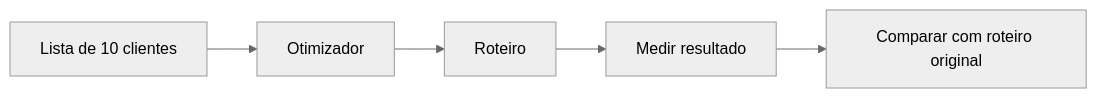
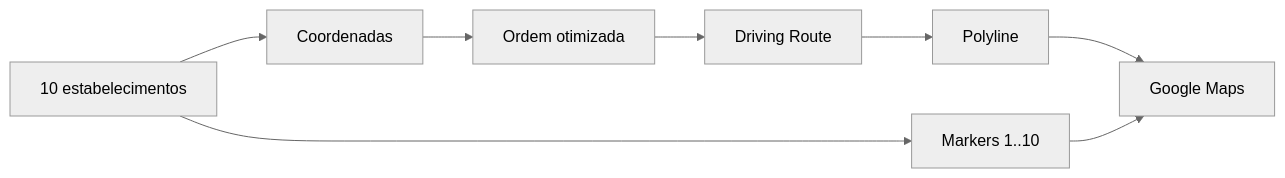
One commit to sales-force-pb/melhor-abordagem changed the diagram in roteiro-inteligente/docs/07-MVP.md. Above: the diagram before and after it, drawn with Mermaid (neutral theme). The commit also changed other lines of this file, not shown here.

Commit message:
docs: redefine smart route MVP

````diff
--- a/roteiro-inteligente/docs/07-MVP.md
+++ b/roteiro-inteligente/docs/07-MVP.md
@@ -55,7 +26,18 @@
 ```mermaid
 flowchart LR
-    L[Lista de 10 clientes] --> O[Otimizador]
-    O --> R[Roteiro]
-    R --> M[Medir resultado]
-    M --> C[Comparar com roteiro original]
+    A[10 estabelecimentos]
+    B[Coordenadas]
+    C[Ordem otimizada]
+    D[Driving Route]
+    E[Polyline]
+    F[Google Maps]
+    G[Markers 1..10]
+
+    A --> B
+    B --> C
+    C --> D
+    D --> E
+    E --> F
+    A --> G
+    G --> F
 ```
````
